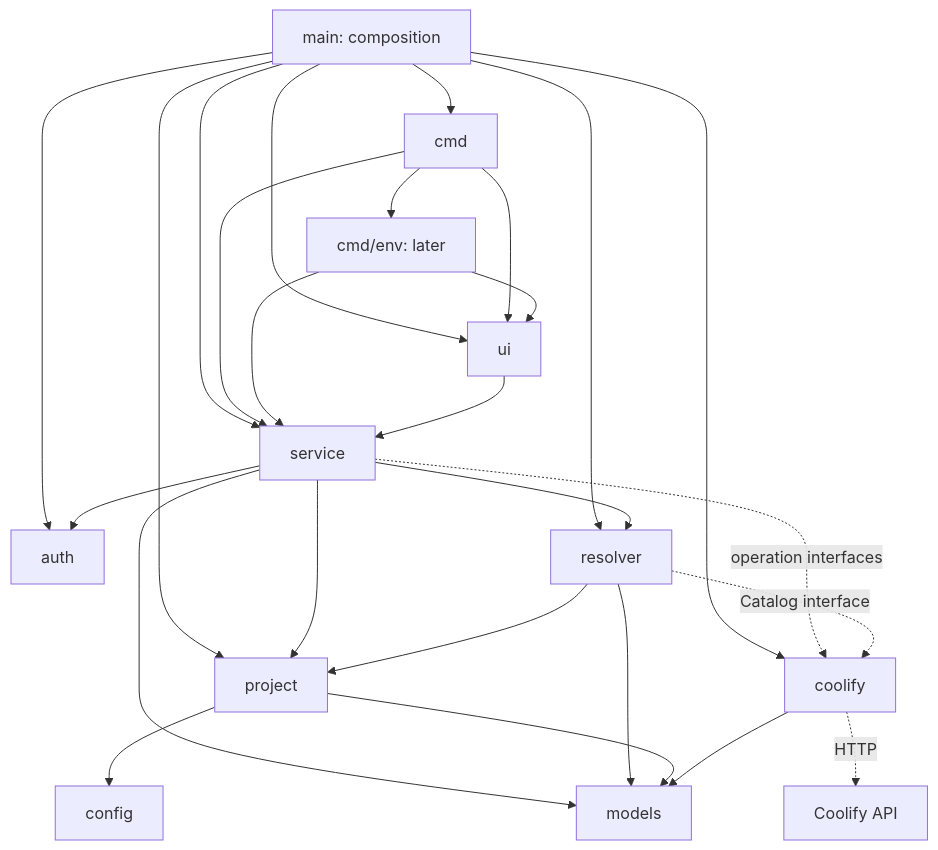
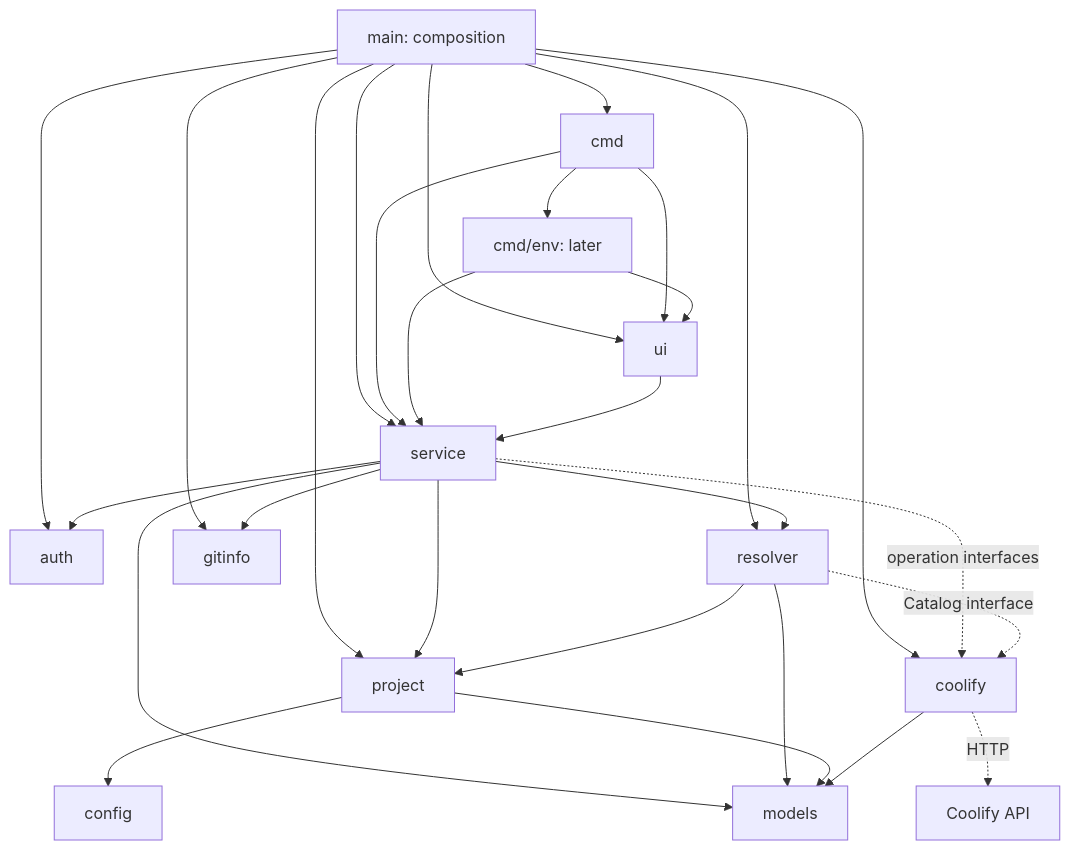
The first of 2 diagrams in ARCHITECTURE.md (joaomnuno/coolship), drawn with Mermaid before and after one commit. The commit also changed other lines of this file and 24 other files, not shown here.

````diff
--- a/ARCHITECTURE.md
+++ b/ARCHITECTURE.md
@@ -140,28 +143,30 @@
 ```mermaid
 flowchart TD
     main[main: composition] --> cmd
     main --> service
     main --> project
     main --> auth
     main --> resolver
     main --> coolify
     main --> ui
+    main --> gitinfo
     cmd --> envcmd[cmd/env: later]
     cmd --> service
     cmd --> ui
     envcmd --> service
     envcmd --> ui
     ui --> service
     service --> project
     service --> auth
     service --> resolver
     service --> models
+    service --> gitinfo
     resolver --> project
     resolver --> models
     project --> config
     project --> models
     coolify --> models
     service -. operation interfaces .-> coolify
     resolver -. Catalog interface .-> coolify
     coolify -. HTTP .-> remote[Coolify API]
 ```
````
